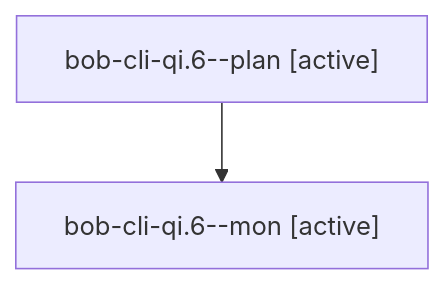
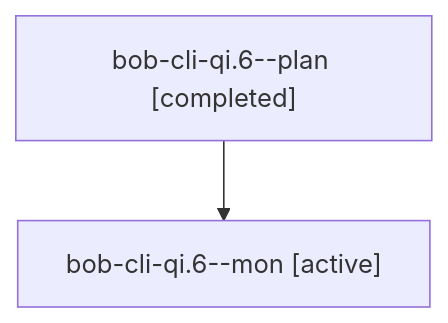
Before and after one commit to bobs-org/bob-cli--agents: the diagram in sessions/bbugyi200.athena.bob-cli-qi.6.md, drawn with Mermaid. The commit also changed other lines of this file and 20 other files, not shown here.

````diff
--- a/sessions/bbugyi200.athena.bob-cli-qi.6.md
+++ b/sessions/bbugyi200.athena.bob-cli-qi.6.md
@@ -9,6 +9,6 @@
 ```mermaid
 flowchart TD
-  n0["bob-cli-qi.6--plan [active]"]
+  n0["bob-cli-qi.6--plan [completed]"]
   n1["bob-cli-qi.6--mon [active]"]
   n0 --> n1
 ```
````
